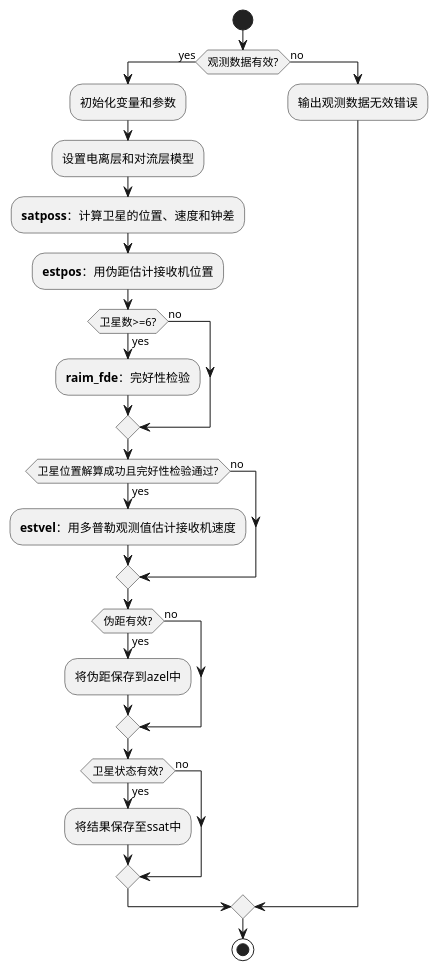
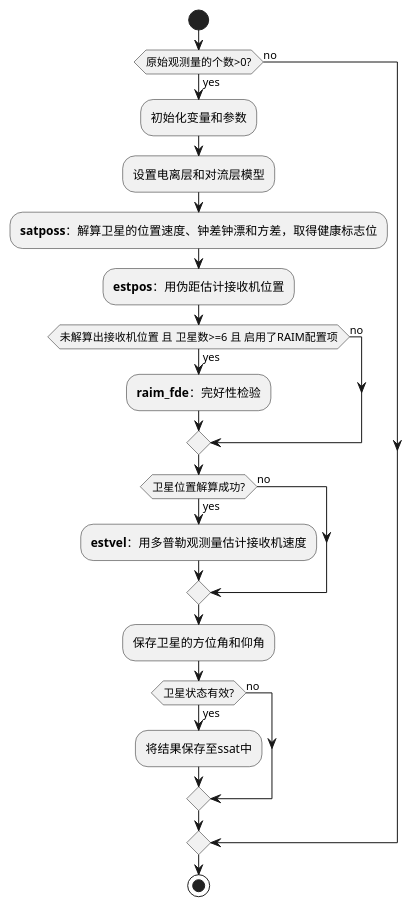
Before and after one commit to iGNSS/RTKLIB-trimmed: the first of 3 diagrams in notes/pntpos.md, drawn with PlantUML. The commit also changed other lines of this file and 2 other files, not shown here.

````diff
--- a/notes/pntpos.md
+++ b/notes/pntpos.md
@@ -3,36 +3,32 @@
 ```plantuml
 @startuml
 start
 
-if (观测数据有效?) then (yes)
+if (原始观测量的个数>0?) then (yes)
     :初始化变量和参数;
     :设置电离层和对流层模型;
-    :**satposs**：计算卫星的位置、速度和钟差;
+    :**satposs**：解算卫星的位置速度、钟差钟漂和方差，取得健康标志位;
     :**estpos**：用伪距估计接收机位置;
 
-    if (卫星数>=6?) then (yes)
+    if (未解算出接收机位置 且 卫星数>=6 且 启用了RAIM配置项) then (yes)
         :**raim_fde**：完好性检验;
     else (no)
     endif
     
-    if (卫星位置解算成功且完好性检验通过?) then (yes)
-        :**estvel**：用多普勒观测值估计接收机速度;
+    if (卫星位置解算成功?) then (yes)
+        :**estvel**：用多普勒观测量估计接收机速度;
     else (no)
     endif
-    
-    if (伪距有效?) then (yes)
-        :将伪距保存到azel中;
-    else (no)
-    endif
+
+    :保存卫星的方位角和仰角;
 
     if (卫星状态有效?) then (yes)
         :将结果保存至ssat中;
     else (no)
     endif
 else (no)
-    :输出观测数据无效错误;
 endif
 
 stop
 @enduml
 ```
````
